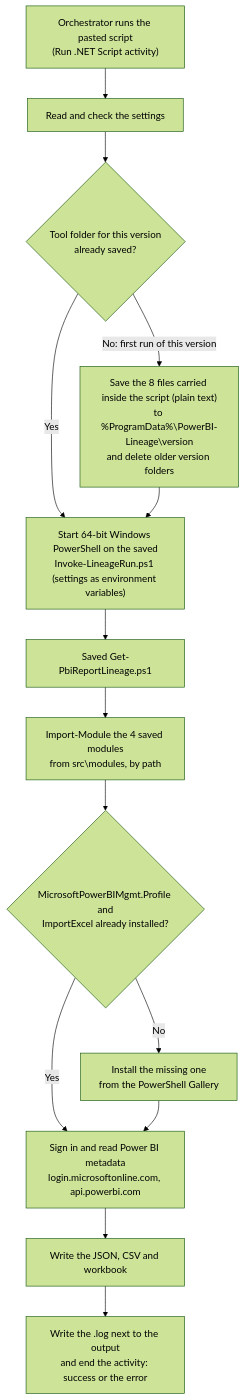
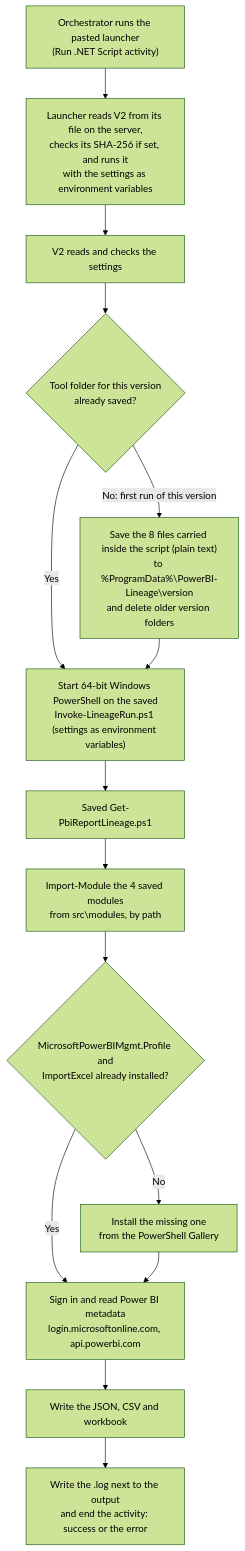
Before and after one commit to DATA-AI-XYZ/PowerBI-Automation-Script: the diagram in scripts/administration/PowerBI-Lineage/downloads/orchestrator-v2/README.md, drawn with Mermaid (forest theme). The commit also changed other lines of this file and 5 other files, not shown here.

Commit message:
Power BI Report Lineage: run V2 in Orchestrator through a short launcher

````diff
--- a/scripts/administration/PowerBI-Lineage/downloads/orchestrator-v2/README.md
+++ b/scripts/administration/PowerBI-Lineage/downloads/orchestrator-v2/README.md
@@ -14,16 +19,17 @@
 ```mermaid
 flowchart TD
-    A["Orchestrator runs the pasted script<br/>(Run .NET Script activity)"] --> B["Read and check the settings"]
+    A["Orchestrator runs the pasted launcher<br/>(Run .NET Script activity)"] --> A2["Launcher reads V2 from its file on the server,<br/>checks its SHA-256 if set, and runs it<br/>with the settings as environment variables"]
+    A2 --> B["V2 reads and checks the settings"]
     B --> C{"Tool folder for this version<br/>already saved?"}
     C -- "No: first run of this version" --> D["Save the 8 files carried inside the script (plain text)<br/>to %ProgramData%\PowerBI-Lineage\version<br/>and delete older version folders"]
     C -- "Yes" --> E
     D --> E["Start 64-bit Windows PowerShell on the saved<br/>Invoke-LineageRun.ps1 (settings as environment variables)"]
     E --> F["Saved Get-PbiReportLineage.ps1"]
     F --> G["Import-Module the 4 saved modules<br/>from src\modules, by path"]
     G --> H{"MicrosoftPowerBIMgmt.Profile and<br/>ImportExcel already installed?"}
     H -- "No" --> I["Install the missing one<br/>from the PowerShell Gallery"]
     H -- "Yes" --> J
     I --> J["Sign in and read Power BI metadata<br/>login.microsoftonline.com, api.powerbi.com"]
     J --> K["Write the JSON, CSV and workbook"]
     K --> L["Write the .log next to the output<br/>and end the activity: success or the error"]
 ```
````
